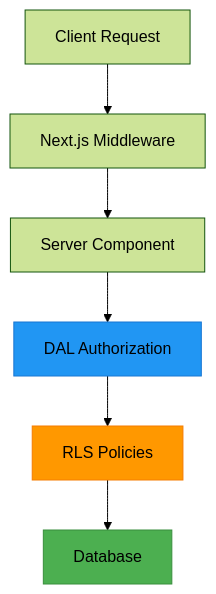
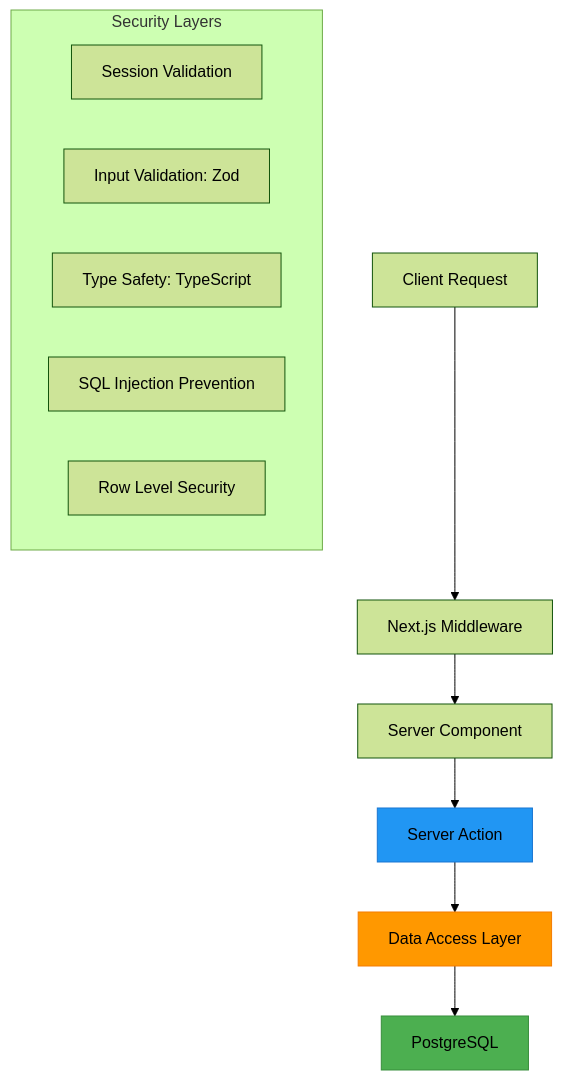
One commit to bk202042/pick changed the fourth of 4 diagrams in docs/Architecture_Diagrams.md. Above: the diagram before and after it, drawn with Mermaid (forest theme). The commit also changed other lines of this file and 7 other files, not shown here.

Commit message:
mermaid added to docs

````diff
--- a/docs/Architecture_Diagrams.md
+++ b/docs/Architecture_Diagrams.md
@@ -85,12 +89,20 @@
 ```mermaid
 flowchart TD
     A[Client Request] --> B[Next.js Middleware]
     B --> C[Server Component]
-    C --> D[DAL Authorization]
-    D --> E[RLS Policies]
-    E --> F[Database]
+    C --> D[Server Action]
+    D --> E[Data Access Layer]
+    E --> F[PostgreSQL]
+
+    subgraph "Security Layers"
+        G[Session Validation]
+        H[Input Validation: Zod]
+        I[Type Safety: TypeScript]
+        J[SQL Injection Prevention]
+        K[Row Level Security]
+    end
 
     style D fill:#2196F3,stroke:#1976D2
     style E fill:#FF9800,stroke:#F57C00
     style F fill:#4CAF50,stroke:#388E3C
 ```
````
